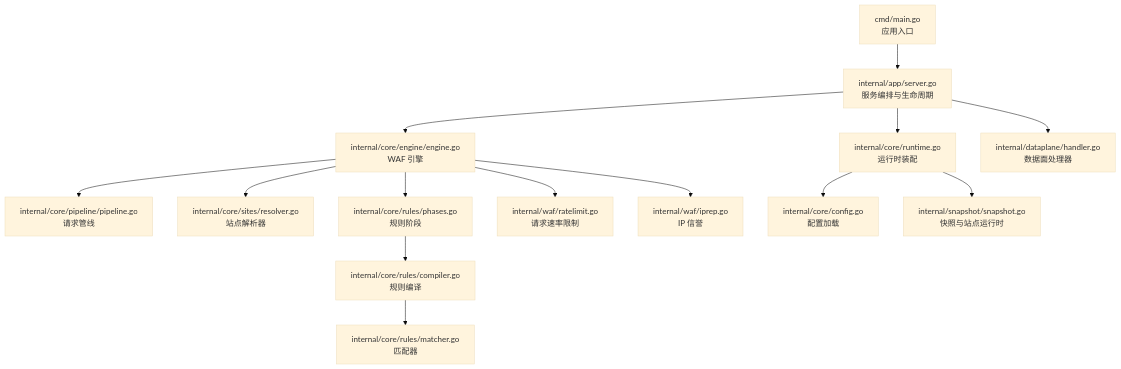
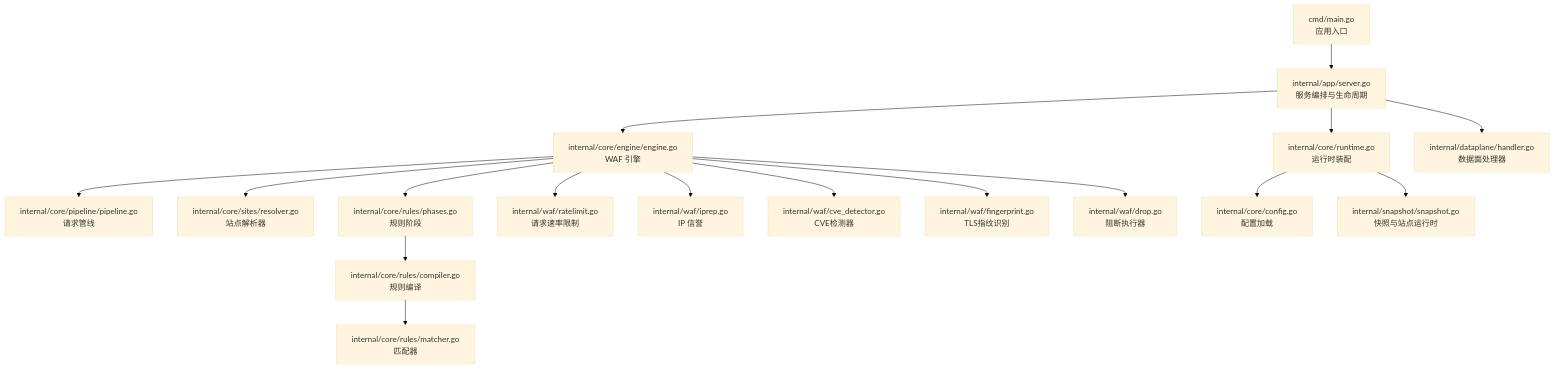
The first of 12 diagrams in docs/WAF 引擎系统/引擎核心架构.md (x01n/My-OpenWaf), drawn with Mermaid (base theme) before and after one commit. The commit also changed other lines of this file and 51 other files, not shown here.

````diff
--- a/docs/WAF 引擎系统/引擎核心架构.md
+++ b/docs/WAF 引擎系统/引擎核心架构.md
@@ -53,16 +69,19 @@
 ```mermaid
 graph TB
 A["cmd/main.go<br/>应用入口"] --> B["internal/app/server.go<br/>服务编排与生命周期"]
 B --> C["internal/core/runtime.go<br/>运行时装配"]
 B --> D["internal/core/engine/engine.go<br/>WAF 引擎"]
 D --> E["internal/core/pipeline/pipeline.go<br/>请求管线"]
 D --> F["internal/core/sites/resolver.go<br/>站点解析器"]
 D --> G["internal/core/rules/phases.go<br/>规则阶段"]
 G --> H["internal/core/rules/compiler.go<br/>规则编译"]
 H --> I["internal/core/rules/matcher.go<br/>匹配器"]
 D --> J["internal/waf/ratelimit.go<br/>请求速率限制"]
 D --> K["internal/waf/iprep.go<br/>IP 信誉"]
-B --> L["internal/dataplane/handler.go<br/>数据面处理器"]
-C --> M["internal/core/config.go<br/>配置加载"]
-C --> N["internal/snapshot/snapshot.go<br/>快照与站点运行时"]
+D --> L["internal/waf/cve_detector.go<br/>CVE检测器"]
+D --> M["internal/waf/fingerprint.go<br/>TLS指纹识别"]
+D --> N["internal/waf/drop.go<br/>阻断执行器"]
+B --> O["internal/dataplane/handler.go<br/>数据面处理器"]
+C --> P["internal/core/config.go<br/>配置加载"]
+C --> Q["internal/snapshot/snapshot.go<br/>快照与站点运行时"]
 ```
````
